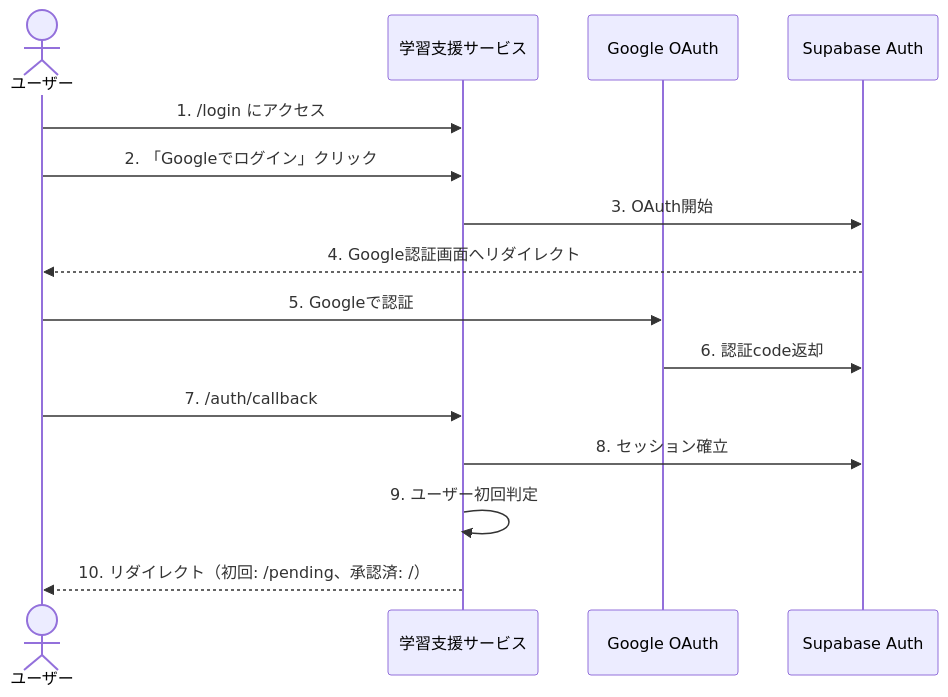
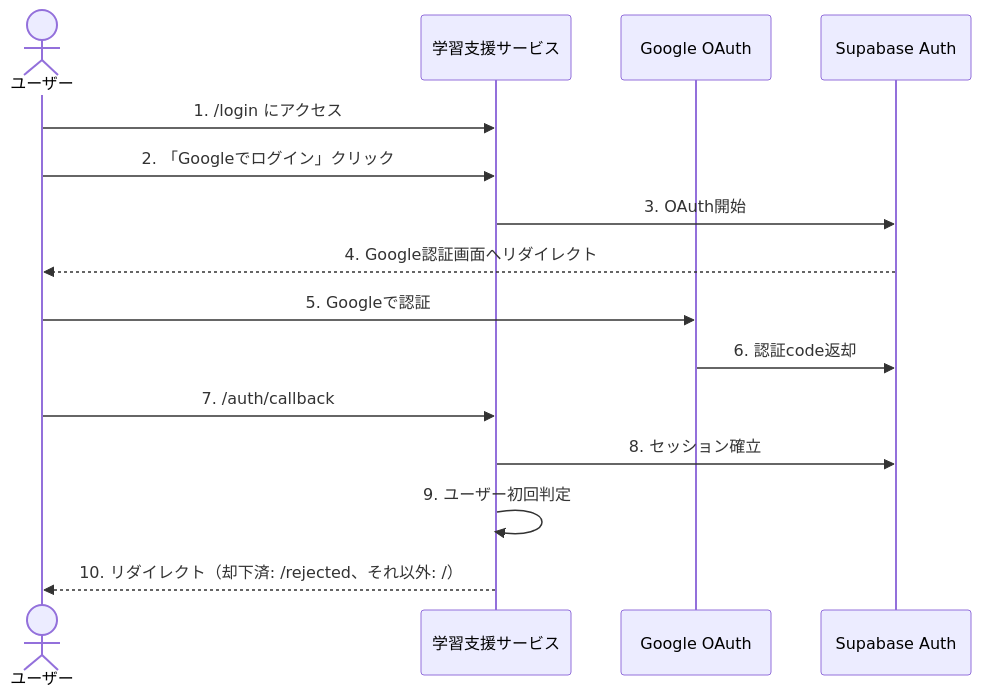
The third of 6 diagrams in docs/specification.md (Singuralitylabs/sinlab-study), drawn with Mermaid before and after one commit. The commit also changed other lines of this file and 4 other files, not shown here.

````diff
--- a/docs/specification.md
+++ b/docs/specification.md
@@ -93,18 +96,18 @@
 ```mermaid
 sequenceDiagram
     actor U as ユーザー
     participant App as 学習支援サービス
     participant G as Google OAuth
     participant SB as Supabase Auth
 
     U->>App: 1. /login にアクセス
     U->>App: 2. 「Googleでログイン」クリック
     App->>SB: 3. OAuth開始
     SB-->>U: 4. Google認証画面へリダイレクト
     U->>G: 5. Googleで認証
     G->>SB: 6. 認証code返却
     U->>App: 7. /auth/callback
     App->>SB: 8. セッション確立
     App->>App: 9. ユーザー初回判定
-    App-->>U: 10. リダイレクト（初回: /pending、承認済: /）
+    App-->>U: 10. リダイレクト（却下済: /rejected、それ以外: /）
 ```
````
